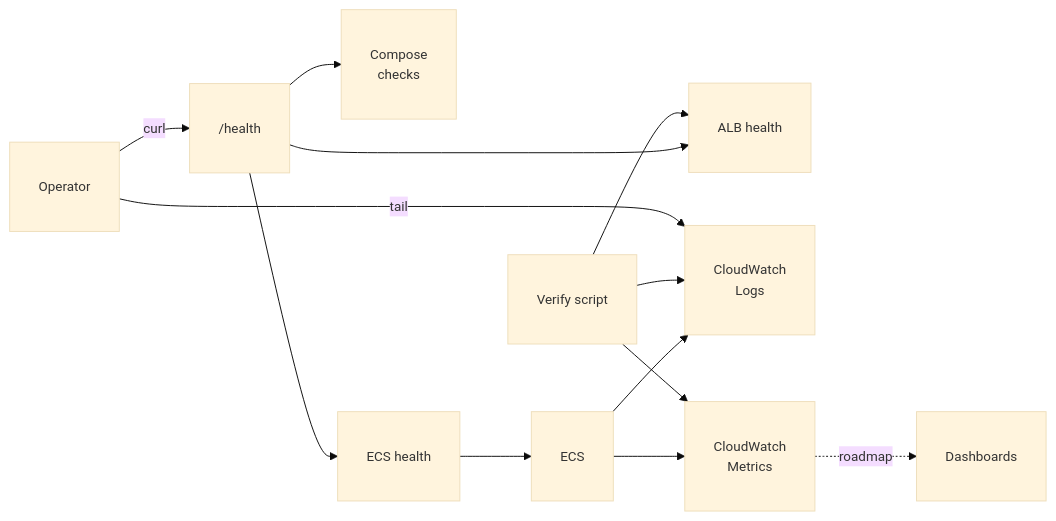
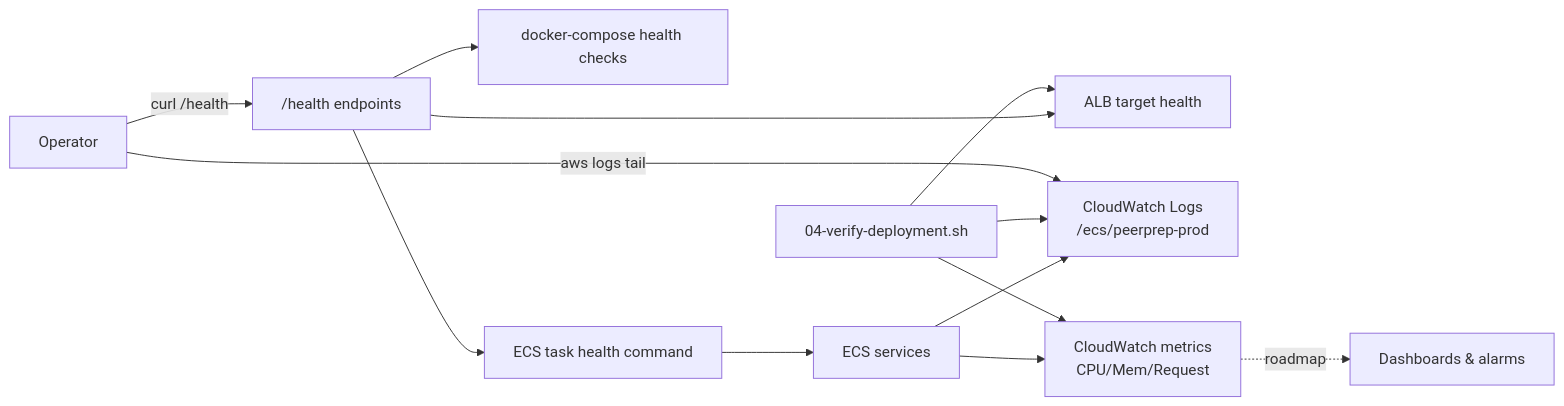
One commit to JoanneHing/cs3219-ay2526s1-project-g19 changed the eighth of 8 diagrams in docs/p1_deploy.md. Above: the diagram before and after it, drawn with Mermaid. The commit also changed other lines of this file, not shown here.

````diff
--- a/docs/p1_deploy.md
+++ b/docs/p1_deploy.md
@@ -274,22 +443,35 @@
 ```mermaid
-%%{init: {'theme':'base', 'themeVariables': {'fontSize':'14px'}}}%%
+
 graph LR
-  HealthEP["/health"] --> ComposeHC["Compose<br/>checks"]
-  HealthEP --> ALBHC["ALB health"]
-  HealthEP --> ECSHC["ECS health"]
 
-  ECSHC --> ECS["ECS"]
-  ECS --> Logs["CloudWatch<br/>Logs"]
-  ECS --> Metrics["CloudWatch<br/>Metrics"]
-  Metrics -. roadmap .-> Alerts["Dashboards"]
+HealthEP["/health endpoints"] --> ComposeHC["docker-compose health checks"]
 
-  VerifyScript["Verify script"] --> ALBHC
-  VerifyScript --> Metrics
-  VerifyScript --> Logs
+HealthEP --> ALBHC["ALB target health"]
 
-  Operator["Operator"] -->|"tail"| Logs
-  Operator -->|"curl"| HealthEP
+HealthEP --> ECSHC["ECS task health command"]
 
-  classDef wider padding:10px
-  class HealthEP,ComposeHC,ALBHC,ECSHC,ECS,Logs,Metrics,Alerts,VerifyScript,Operator wider
+  
+
+ECSHC --> ECS["ECS services"]
+
+ECS --> Logs["CloudWatch Logs<br/>/ecs/peerprep-prod"]
+
+ECS --> Metrics["CloudWatch metrics<br/>CPU/Mem/Request"]
+
+Metrics -. roadmap .-> Alerts["Dashboards & alarms"]
+
+  
+
+VerifyScript["04-verify-deployment.sh"] --> ALBHC
+
+VerifyScript --> Metrics
+
+VerifyScript --> Logs
+
+  
+
+Operator["Operator"] -->|"aws logs tail"| Logs
+
+Operator -->|"curl /health"| HealthEP
+
 ```
````
